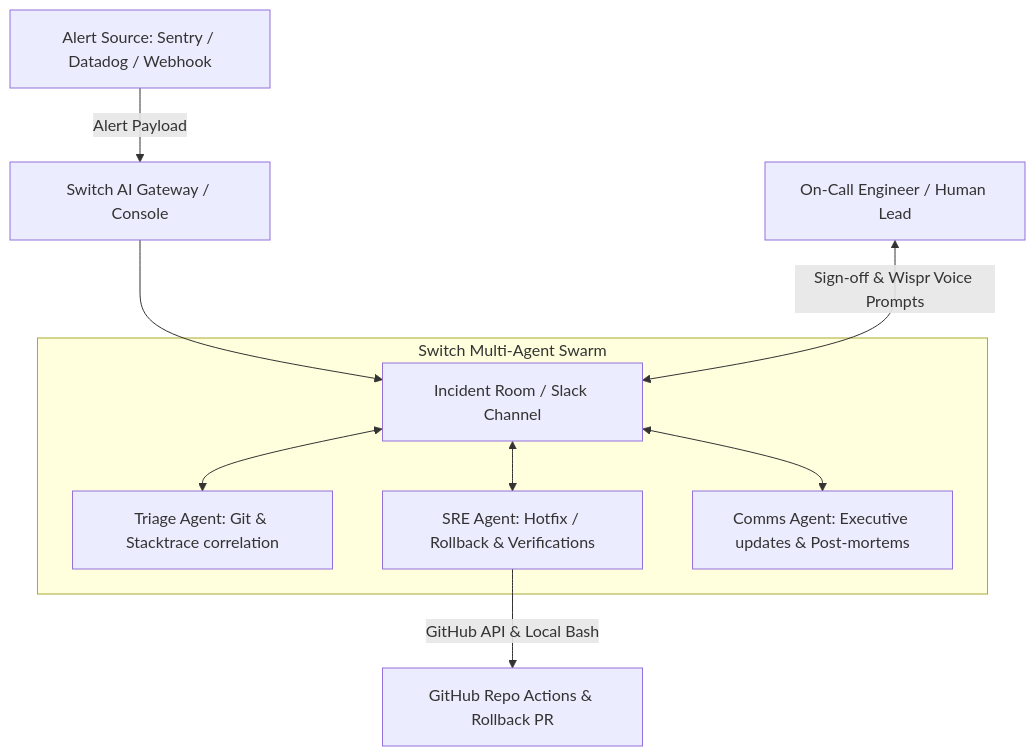
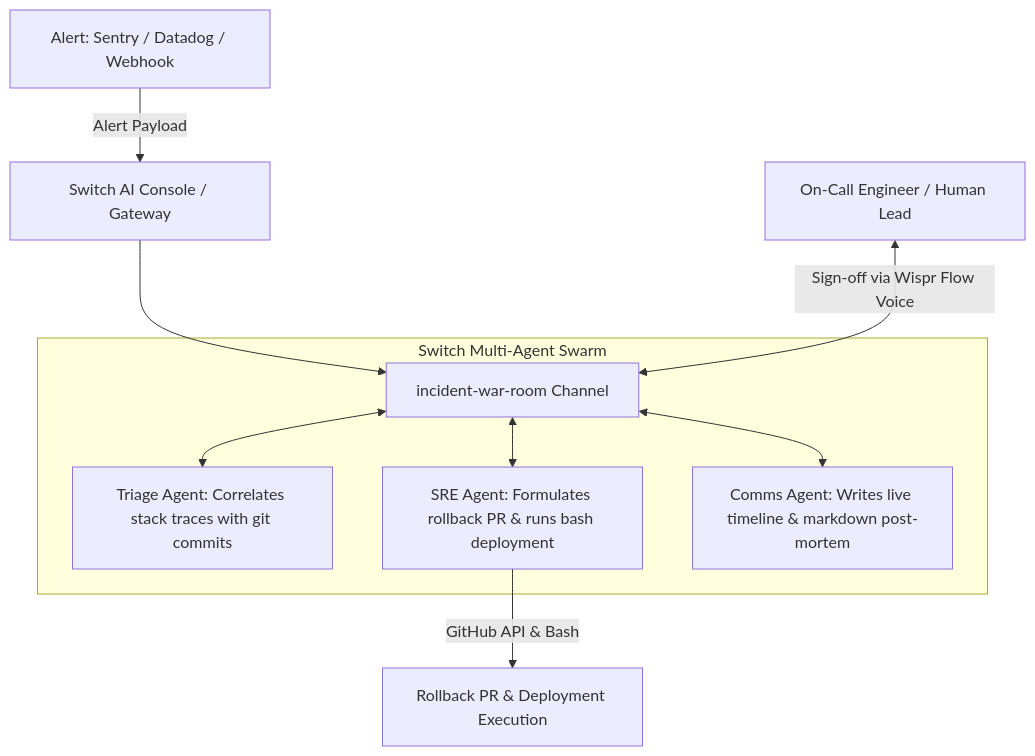
One commit to swatiicfai/IncidentRoom changed the diagram in README.md. Above: the diagram before and after it, drawn with Mermaid. The commit also changed other lines of this file and 4 other files, not shown here.

````diff
--- a/README.md
+++ b/README.md
@@ -67,14 +77,14 @@
 ```mermaid
 flowchart TD
-    Alert[Alert Source: Sentry / Datadog / Webhook] -->|Alert Payload| SwitchGateway[Switch AI Gateway / Console]
-    SwitchGateway --> Room[Incident Room / Slack Channel]
+    Alert[Alert: Sentry / Datadog / Webhook] -->|Alert Payload| SwitchGateway[Switch AI Console / Gateway]
+    SwitchGateway --> Room[incident-war-room Channel]
     
     subgraph "Switch Multi-Agent Swarm"
-        Room <--> Triage[Triage Agent: Git & Stacktrace correlation]
-        Room <--> SRE[SRE Agent: Hotfix / Rollback & Verifications]
-        Room <--> Comms[Comms Agent: Executive updates & Post-mortems]
+        Room <--> Triage[Triage Agent: Correlates stack traces with git commits]
+        Room <--> SRE[SRE Agent: Formulates rollback PR & runs bash deployment]
+        Room <--> Comms[Comms Agent: Writes live timeline & markdown post-mortem]
     end
 
-    Human[On-Call Engineer / Human Lead] <-->|Sign-off & Wispr Voice Prompts| Room
-    SRE -->|GitHub API & Local Bash| Repo[GitHub Repo Actions & Rollback PR]
+    Human[On-Call Engineer / Human Lead] <-->|Sign-off via Wispr Flow Voice| Room
+    SRE -->|GitHub API & Bash| Repo[Rollback PR & Deployment Execution]
 ```
````
